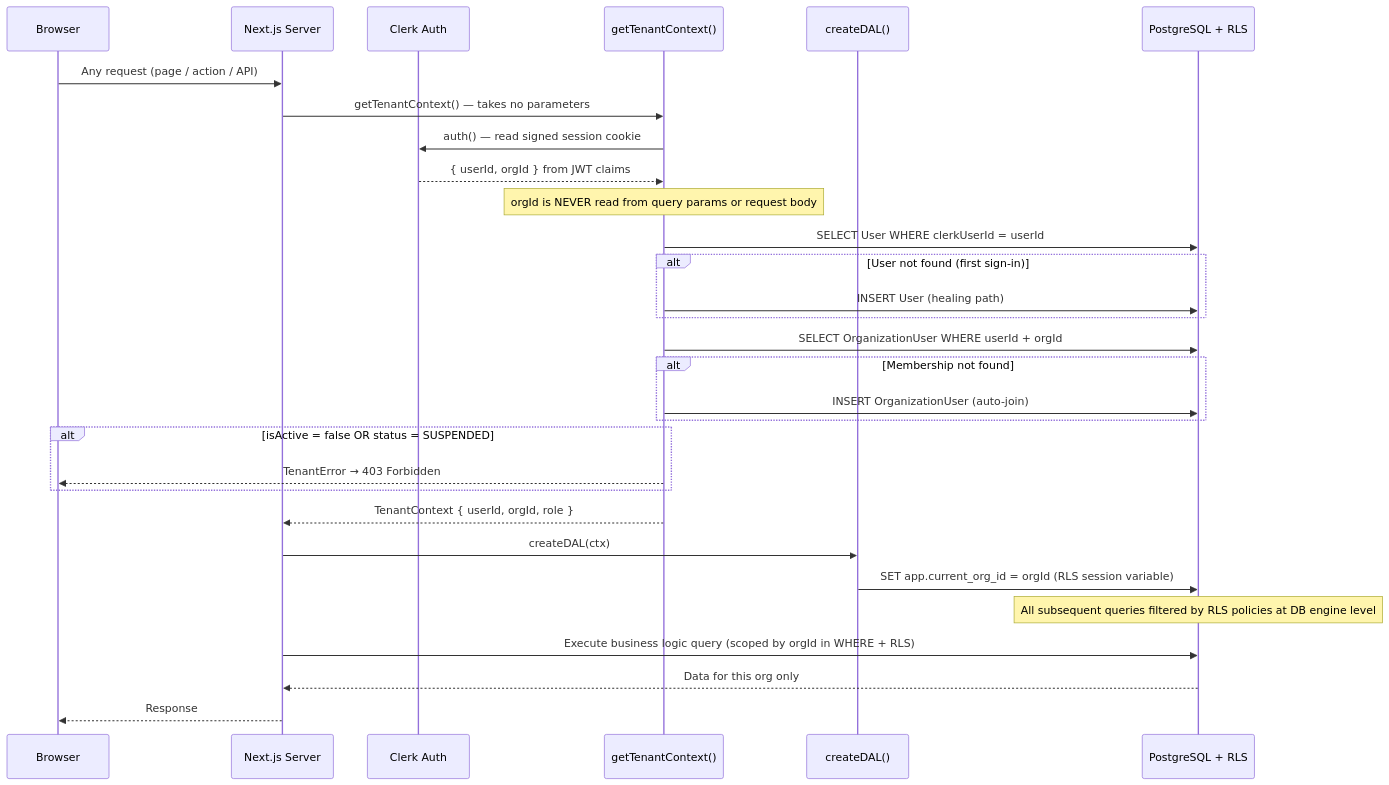
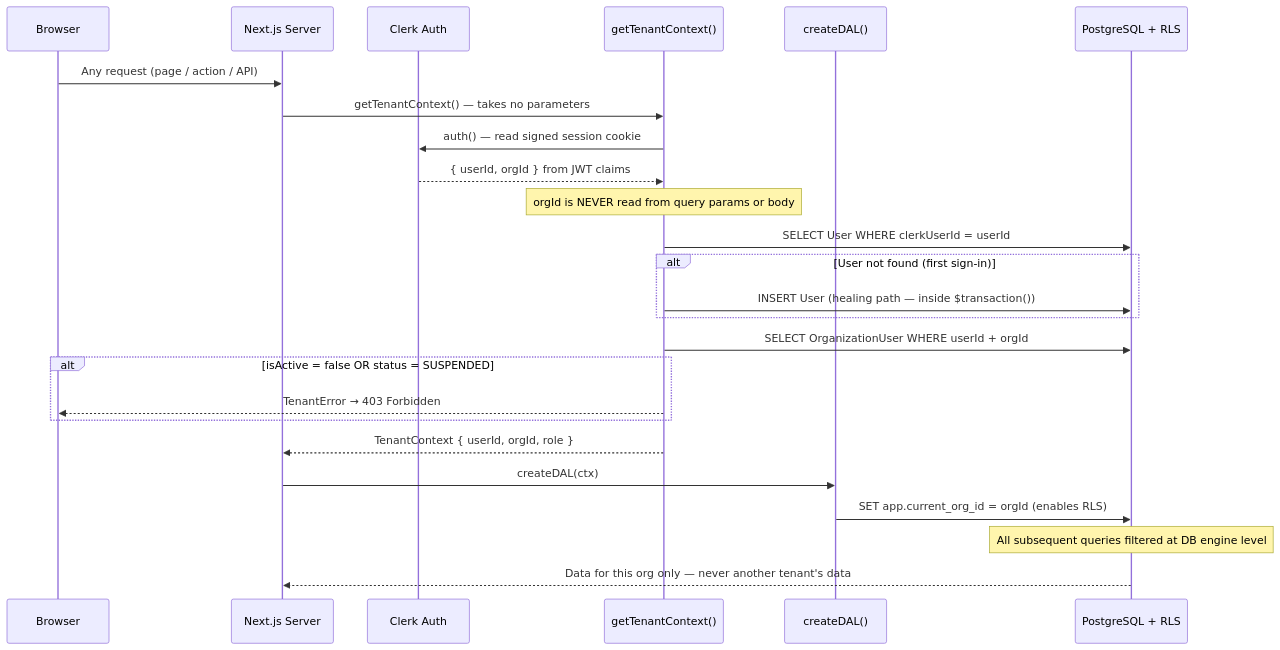
One commit to viraj1011JAIN/Nexus changed the fourth of 5 diagrams in README.md. Above: the diagram before and after it, drawn with Mermaid. The commit also changed other lines of this file, not shown here.

````diff
--- a/README.md
+++ b/README.md
@@ -3301,33 +1282,28 @@
 ```mermaid
 sequenceDiagram
     participant Browser
     participant NextJS as Next.js Server
     participant Clerk as Clerk Auth
     participant TC as getTenantContext()
     participant DAL as createDAL()
     participant PG as PostgreSQL + RLS
 
     Browser->>NextJS: Any request (page / action / API)
     NextJS->>TC: getTenantContext() — takes no parameters
     TC->>Clerk: auth() — read signed session cookie
     Clerk-->>TC: { userId, orgId } from JWT claims
-    Note over TC: orgId is NEVER read from query params or request body
+    Note over TC: orgId is NEVER read from query params or body
     TC->>PG: SELECT User WHERE clerkUserId = userId
     alt User not found (first sign-in)
-        TC->>PG: INSERT User (healing path)
+        TC->>PG: INSERT User (healing path — inside $transaction())
     end
     TC->>PG: SELECT OrganizationUser WHERE userId + orgId
-    alt Membership not found
-        TC->>PG: INSERT OrganizationUser (auto-join)
-    end
     alt isActive = false OR status = SUSPENDED
         TC-->>Browser: TenantError → 403 Forbidden
     end
     TC-->>NextJS: TenantContext { userId, orgId, role }
     NextJS->>DAL: createDAL(ctx)
-    DAL->>PG: SET app.current_org_id = orgId (RLS session variable)
-    Note over PG: All subsequent queries filtered by RLS policies at DB engine level
-    NextJS->>PG: Execute business logic query (scoped by orgId in WHERE + RLS)
-    PG-->>NextJS: Data for this org only
-    NextJS-->>Browser: Response
+    DAL->>PG: SET app.current_org_id = orgId (enables RLS)
+    Note over PG: All subsequent queries filtered at DB engine level
+    PG-->>NextJS: Data for this org only — never another tenant's data
 ```
````
